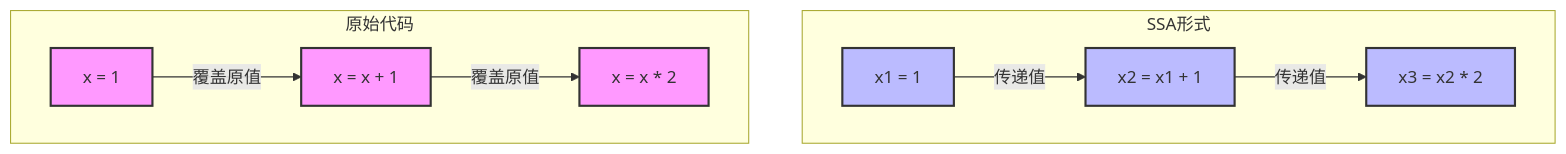
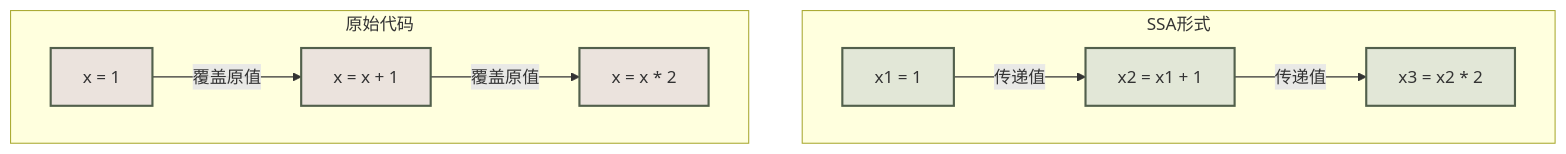
Before and after one commit to yaklang/ssa.to: the second of 18 diagrams in static-analysis-guide/compile-ssa-form.mdx, drawn with Mermaid. The commit also changed other lines of this file and 91 other files, not shown here.

````diff
--- a/static-analysis-guide/compile-ssa-form.mdx
+++ b/static-analysis-guide/compile-ssa-form.mdx
@@ -101,20 +85,20 @@
 ```mermaid
 graph TB
     subgraph "SSA形式"
         B1[x1 = 1] -->|传递值| B2[x2 = x1 + 1]
         B2 -->|传递值| B3[x3 = x2 * 2]
         
-        style B1 fill:#bbf,stroke:#333,stroke-width:2px
-        style B2 fill:#bbf,stroke:#333,stroke-width:2px
-        style B3 fill:#bbf,stroke:#333,stroke-width:2px
+        style B1 fill:#e2e7d7,stroke:#52604c,stroke-width:2px
+        style B2 fill:#e2e7d7,stroke:#52604c,stroke-width:2px
+        style B3 fill:#e2e7d7,stroke:#52604c,stroke-width:2px
     end
 
     subgraph "原始代码"
         A1[x = 1] -->|覆盖原值| A2[x = x + 1]
         A2 -->|覆盖原值| A3[x = x * 2]
         
-        style A1 fill:#f9f,stroke:#333,stroke-width:2px
-        style A2 fill:#f9f,stroke:#333,stroke-width:2px
-        style A3 fill:#f9f,stroke:#333,stroke-width:2px
+        style A1 fill:#ebe3dd,stroke:#52604c,stroke-width:2px
+        style A2 fill:#ebe3dd,stroke:#52604c,stroke-width:2px
+        style A3 fill:#ebe3dd,stroke:#52604c,stroke-width:2px
     end
 ```
````
